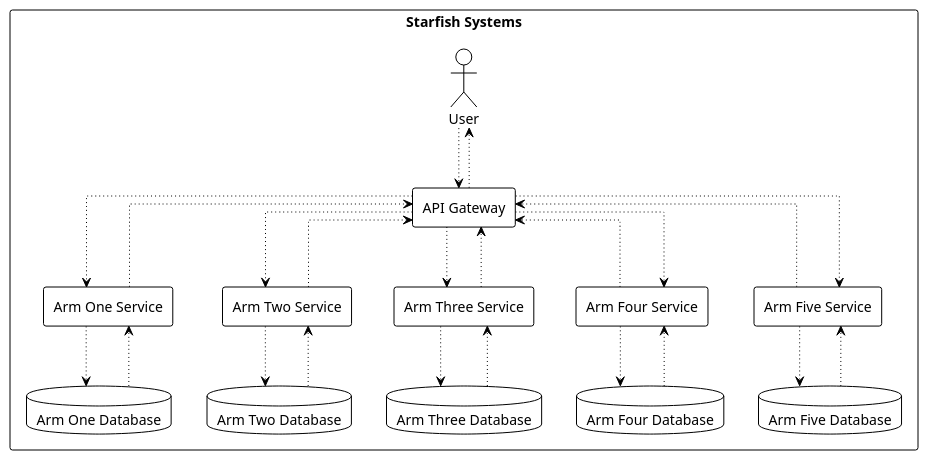
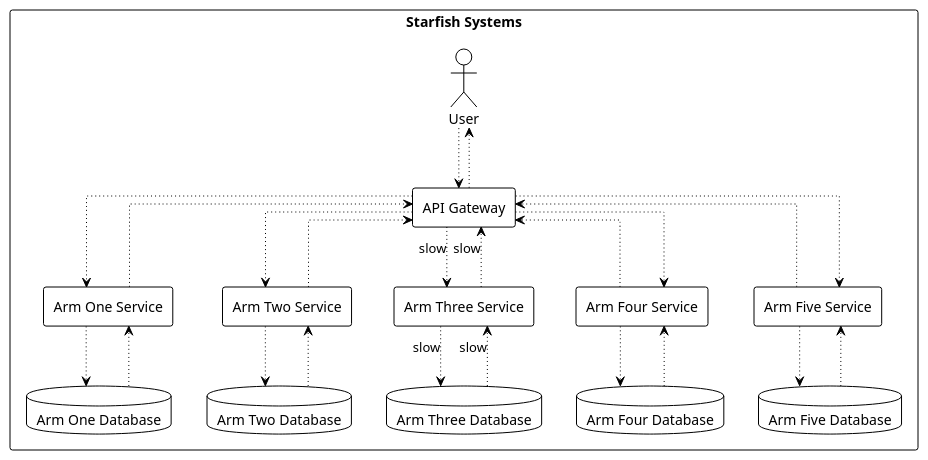
Before and after one commit to superdurszlak/superdurszlak.github.io: the second of 2 diagrams in _posts/2024-09-28-the-four-horsemen-of-network-communication.md, drawn with PlantUML. The commit also changed other lines of this file, not shown here.

````diff
--- a/_posts/2024-09-28-the-four-horsemen-of-network-communication.md
+++ b/_posts/2024-09-28-the-four-horsemen-of-network-communication.md
@@ -149,58 +149,58 @@
 ```plantuml!
 !theme mono
 top to bottom direction
 skinparam linetype ortho
 
 rectangle starfish as "Starfish Systems" {
   actor starfishUser as "User"
   agent starfishServerA as "API Gateway"
   agent starfishServerB as "Arm One Service"
   agent starfishServerC as "Arm Two Service"
   agent starfishServerD as "Arm Three Service"
   agent starfishServerE as "Arm Four Service"
   agent starfishServerF as "Arm Five Service"
   database starfishDatabaseB as "Arm One Database"
   database starfishDatabaseC as "Arm Two Database"
   database starfishDatabaseD as "Arm Three Database"
   database starfishDatabaseE as "Arm Four Database"
   database starfishDatabaseF as "Arm Five Database"
 
   starfishUser -d[dotted]-> starfishServerA
   starfishServerA -[dotted]-> starfishUser
 
 
   starfishServerA -d[dotted]-> starfishServerB
   starfishServerB -[dotted]-> starfishServerA
 
   starfishServerB -d[dotted]-> starfishDatabaseB
   starfishDatabaseB -[dotted]-> starfishServerB
 
 
   starfishServerA -d[dotted]-> starfishServerC
   starfishServerC -[dotted]-> starfishServerA
 
   starfishServerC -d[dotted]-> starfishDatabaseC
   starfishDatabaseC -[dotted]-> starfishServerC
 
 
-  starfishServerA -d[dotted]-> starfishServerD
-  starfishServerD -[dotted]-> starfishServerA
+  starfishServerA -d[dotted]-> starfishServerD: slow
+  starfishServerD -[dotted]-> starfishServerA: slow
 
-  starfishServerD -d[dotted]-> starfishDatabaseD
-  starfishDatabaseD -[dotted]-> starfishServerD
+  starfishServerD -d[dotted]-> starfishDatabaseD: slow
+  starfishDatabaseD -[dotted]-> starfishServerD: slow
 
 
   starfishServerA -d[dotted]-> starfishServerE
   starfishServerE -[dotted]-> starfishServerA
 
   starfishServerE -d[dotted]-> starfishDatabaseE
   starfishDatabaseE -[dotted]-> starfishServerE
 
 
   starfishServerA -d[dotted]-> starfishServerF
   starfishServerF -[dotted]-> starfishServerA
 
   starfishServerF -d[dotted]-> starfishDatabaseF
   starfishDatabaseF -[dotted]-> starfishServerF
 }
 ```
````
